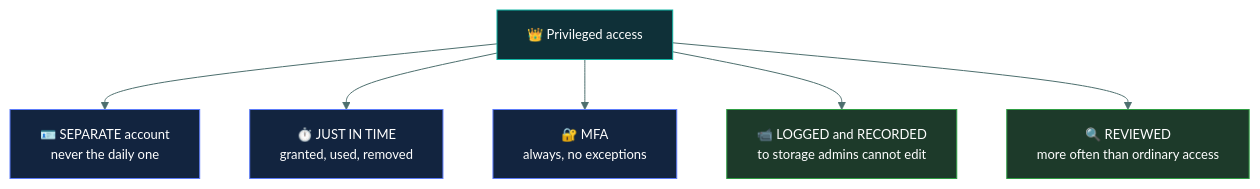
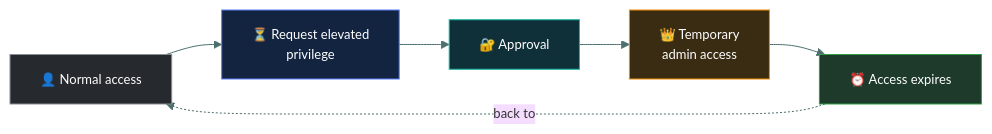
Before and after one commit to tarunTejaDesireddy/cc-exam-prep: the fourth of 5 diagrams in 03-access-control/privileged-access/README.md, drawn with Mermaid. The commit also changed other lines of this file, not shown here.

Commit message:
Replace privileged access with caveman-style version, diagrams and questions

````diff
--- a/03-access-control/privileged-access/README.md
+++ b/03-access-control/privileged-access/README.md
@@ -96,16 +228,12 @@
 ```mermaid
 %%{init: {'theme':'base','themeVariables':{'fontSize':'13px','lineColor':'#4d6f6e','textColor':'#dbe7e6'}}}%%
-flowchart TD
-    P["👑 Privileged access"] --> S["🪪 SEPARATE account<br/>never the daily one"]
-    P --> J["⏱️ JUST IN TIME<br/>granted, used, removed"]
-    P --> M["🔐 MFA<br/>always, no exceptions"]
-    P --> L["📹 LOGGED and RECORDED<br/>to storage admins cannot edit"]
-    P --> R["🔍 REVIEWED<br/>more often than ordinary access"]
+flowchart LR
+    N["👤 Normal access"] --> R["⏳ Request elevated<br/>privilege"] --> AP["🔐 Approval"] --> T["👑 Temporary<br/>admin access"] --> E["⏰ Access expires"]
+    E -.->|"back to"| N
 
-    style P fill:#0f3038,stroke:#12B5A5,color:#fff
-    style S fill:#12243f,stroke:#5C7CFA,color:#fff
-    style J fill:#12243f,stroke:#5C7CFA,color:#fff
-    style M fill:#12243f,stroke:#5C7CFA,color:#fff
-    style L fill:#1d3a2a,stroke:#2F9E44,color:#fff
-    style R fill:#1d3a2a,stroke:#2F9E44,color:#fff
+    style N fill:#26292e,stroke:#868E96,color:#fff
+    style R fill:#12243f,stroke:#5C7CFA,color:#fff
+    style AP fill:#0f3038,stroke:#12B5A5,color:#fff
+    style T fill:#3a2c12,stroke:#F08C00,color:#fff
+    style E fill:#1d3a2a,stroke:#2F9E44,color:#fff
 ```
````
